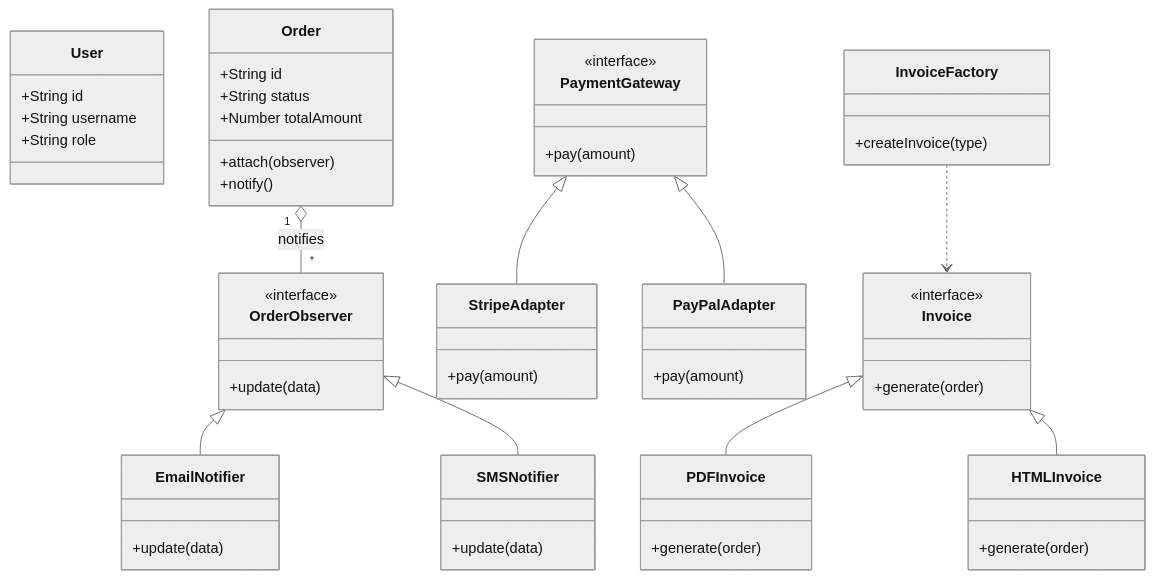
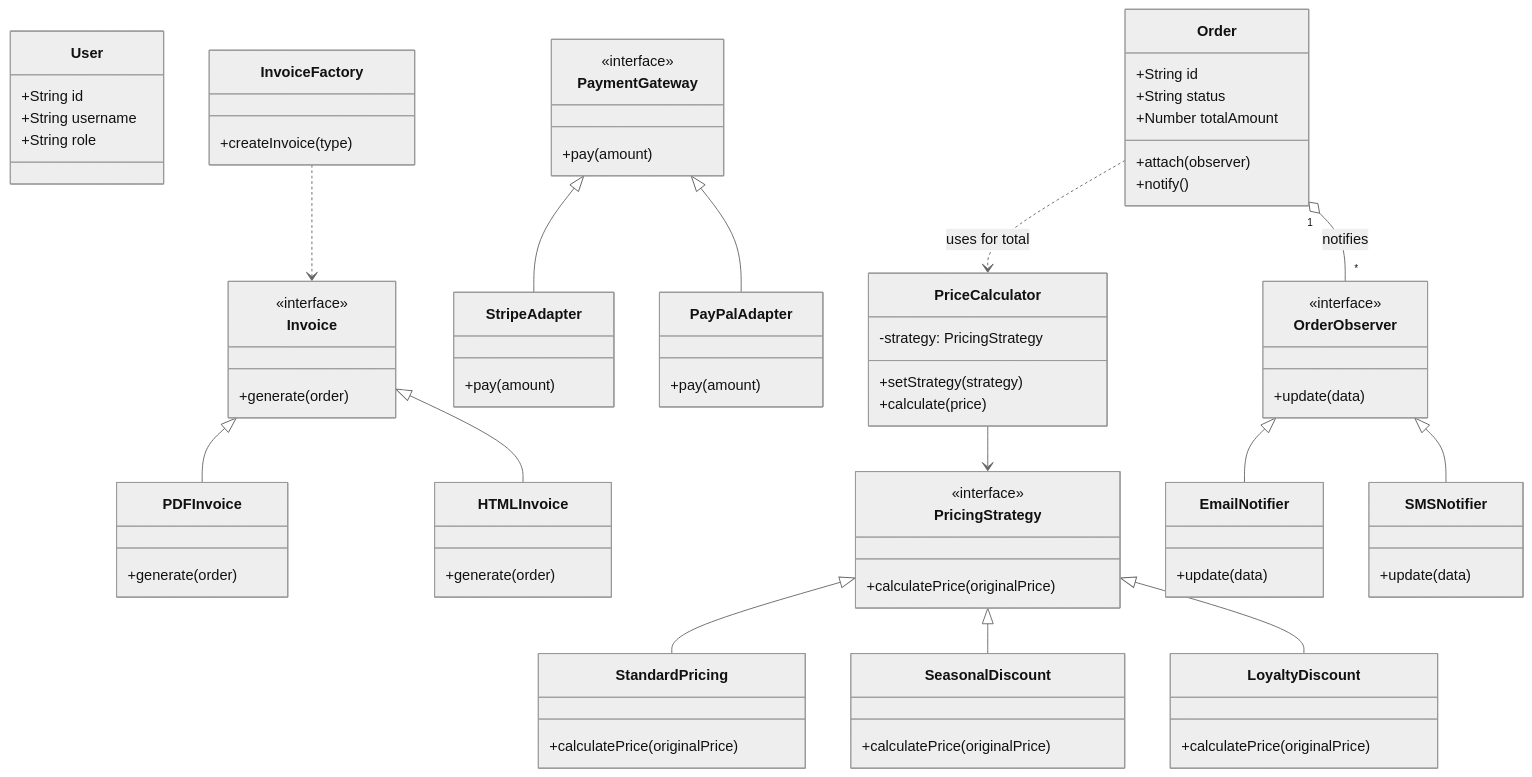
The diagram in docs/uml_class_diagram.md (sagynaliev/SaudaMarket), drawn with Mermaid (neutral theme) before and after one commit. The commit also changed 32 other files, not shown here.

````diff
--- a/docs/uml_class_diagram.md
+++ b/docs/uml_class_diagram.md
@@ -3,51 +3,70 @@
 ```mermaid
 classDiagram
     %% Models
     class User {
         +String id
         +String username
         +String role
     }
     class Order {
         +String id
         +String status
         +Number totalAmount
         +attach(observer)
         +notify()
     }
     
     %% Factory Pattern
     class Invoice {
         <<interface>>
         +generate(order)
     }
     class PDFInvoice { +generate(order) }
     class HTMLInvoice { +generate(order) }
     class InvoiceFactory {
         +createInvoice(type)
     }
     Invoice <|-- PDFInvoice
     Invoice <|-- HTMLInvoice
     InvoiceFactory ..> Invoice
     
     %% Adapter Pattern
     class PaymentGateway {
         <<interface>>
         +pay(amount)
     }
     class StripeAdapter { +pay(amount) }
     class PayPalAdapter { +pay(amount) }
     PaymentGateway <|-- StripeAdapter
     PaymentGateway <|-- PayPalAdapter
     
+    %% Strategy Pattern (Pricing)
+    class PricingStrategy {
+        <<interface>>
+        +calculatePrice(originalPrice)
+    }
+    class StandardPricing { +calculatePrice(originalPrice) }
+    class SeasonalDiscount { +calculatePrice(originalPrice) }
+    class LoyaltyDiscount { +calculatePrice(originalPrice) }
+    class PriceCalculator {
+        -strategy: PricingStrategy
+        +setStrategy(strategy)
+        +calculate(price)
+    }
+    PricingStrategy <|-- StandardPricing
+    PricingStrategy <|-- SeasonalDiscount
+    PricingStrategy <|-- LoyaltyDiscount
+    PriceCalculator --> PricingStrategy
+    Order ..> PriceCalculator : uses for total
+    
     %% Observer Pattern
     class OrderObserver {
         <<interface>>
         +update(data)
     }
     class EmailNotifier { +update(data) }
     class SMSNotifier { +update(data) }
     Order "1" o-- "*" OrderObserver : notifies
     OrderObserver <|-- EmailNotifier
     OrderObserver <|-- SMSNotifier
 ```
````
